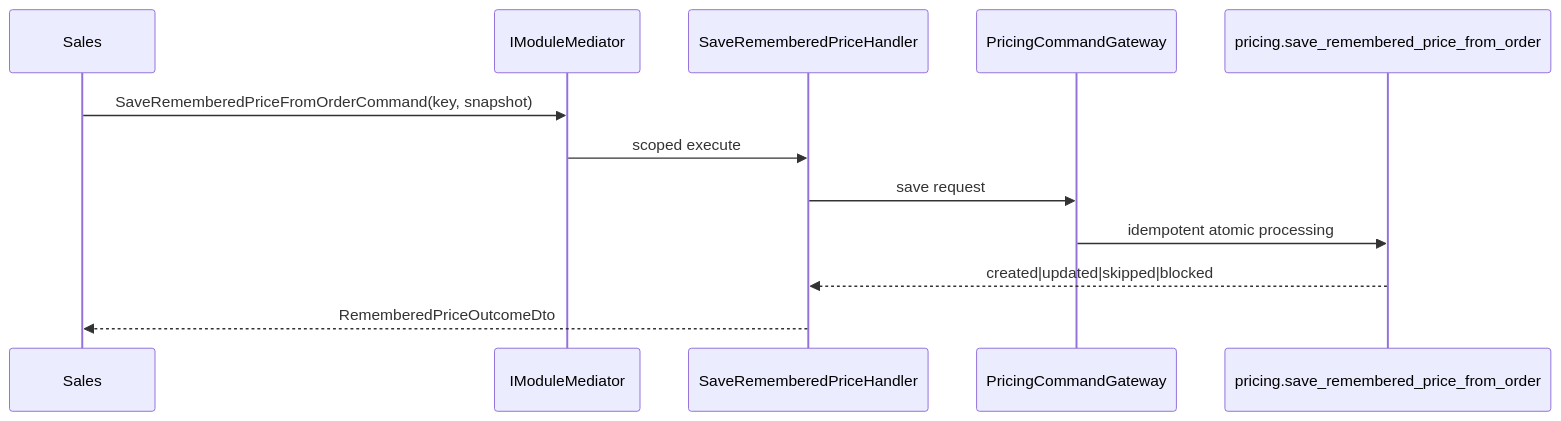
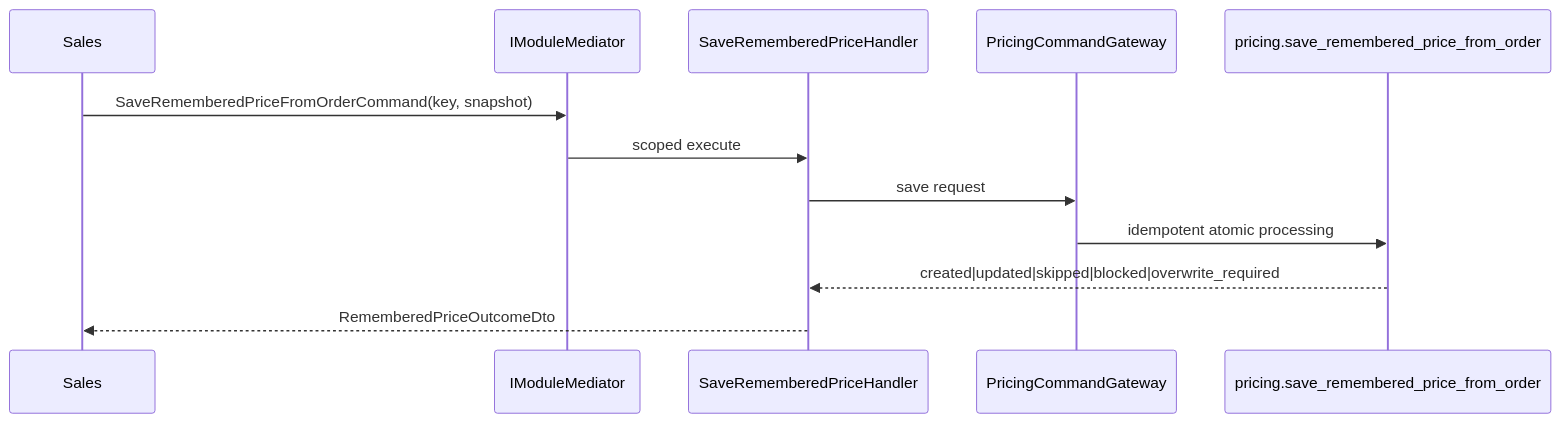
Before and after one commit to DsChien102/erp-sales-inventory: the third of 3 diagrams in docs/themes/TH-04-pricing-promotions/harness/03-architecture-and-flows.md, drawn with Mermaid. The commit also changed other lines of this file and 17 other files, not shown here.

````diff
--- a/docs/themes/TH-04-pricing-promotions/harness/03-architecture-and-flows.md
+++ b/docs/themes/TH-04-pricing-promotions/harness/03-architecture-and-flows.md
@@ -151,15 +152,15 @@
 ```mermaid
 sequenceDiagram
   participant Sales
   participant Med as IModuleMediator
   participant H as SaveRememberedPriceHandler
   participant GW as PricingCommandGateway
   participant RPC as pricing.save_remembered_price_from_order
 
   Sales->>Med: SaveRememberedPriceFromOrderCommand(key, snapshot)
   Med->>H: scoped execute
   H->>GW: save request
   GW->>RPC: idempotent atomic processing
-  RPC-->>H: created|updated|skipped|blocked
+  RPC-->>H: created|updated|skipped|blocked|overwrite_required
   H-->>Sales: RememberedPriceOutcomeDto
 ```
````
